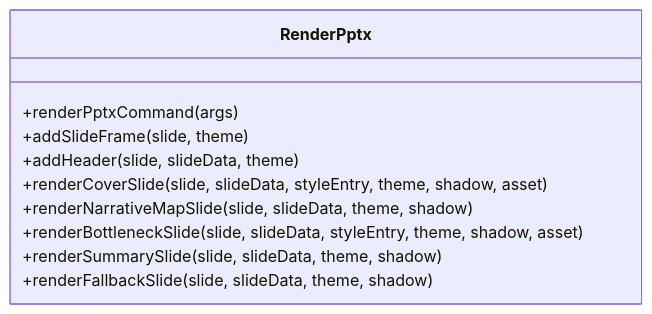
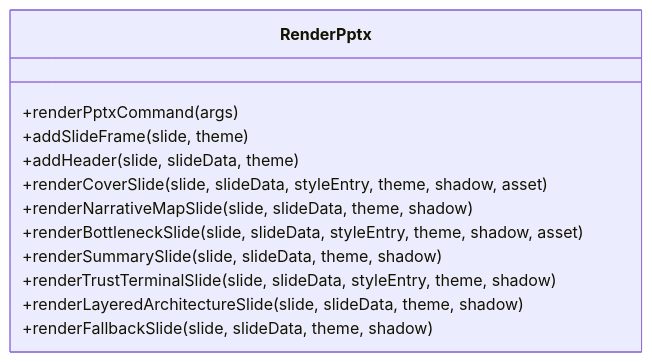
The fourth of 6 diagrams in .qoder/repowiki/en/content/Rendering Pipeline/Rendering Pipeline.md (brantzh6/deepPPT), drawn with Mermaid before and after one commit. The commit also changed other lines of this file and 5 other files, not shown here.

Commit message:
Fix PptxGenJS line shape coordinate format in layered_architecture_stack

````diff
--- a/.qoder/repowiki/en/content/Rendering Pipeline/Rendering Pipeline.md
+++ b/.qoder/repowiki/en/content/Rendering Pipeline/Rendering Pipeline.md
@@ -252,13 +291,15 @@
 ```mermaid
 classDiagram
 class RenderPptx {
 +renderPptxCommand(args)
 +addSlideFrame(slide, theme)
 +addHeader(slide, slideData, theme)
 +renderCoverSlide(slide, slideData, styleEntry, theme, shadow, asset)
 +renderNarrativeMapSlide(slide, slideData, theme, shadow)
 +renderBottleneckSlide(slide, slideData, styleEntry, theme, shadow, asset)
 +renderSummarySlide(slide, slideData, theme, shadow)
++renderTrustTerminalSlide(slide, slideData, styleEntry, theme, shadow)
++renderLayeredArchitectureSlide(slide, slideData, theme, shadow)
 +renderFallbackSlide(slide, slideData, theme, shadow)
 }
 ```
````
